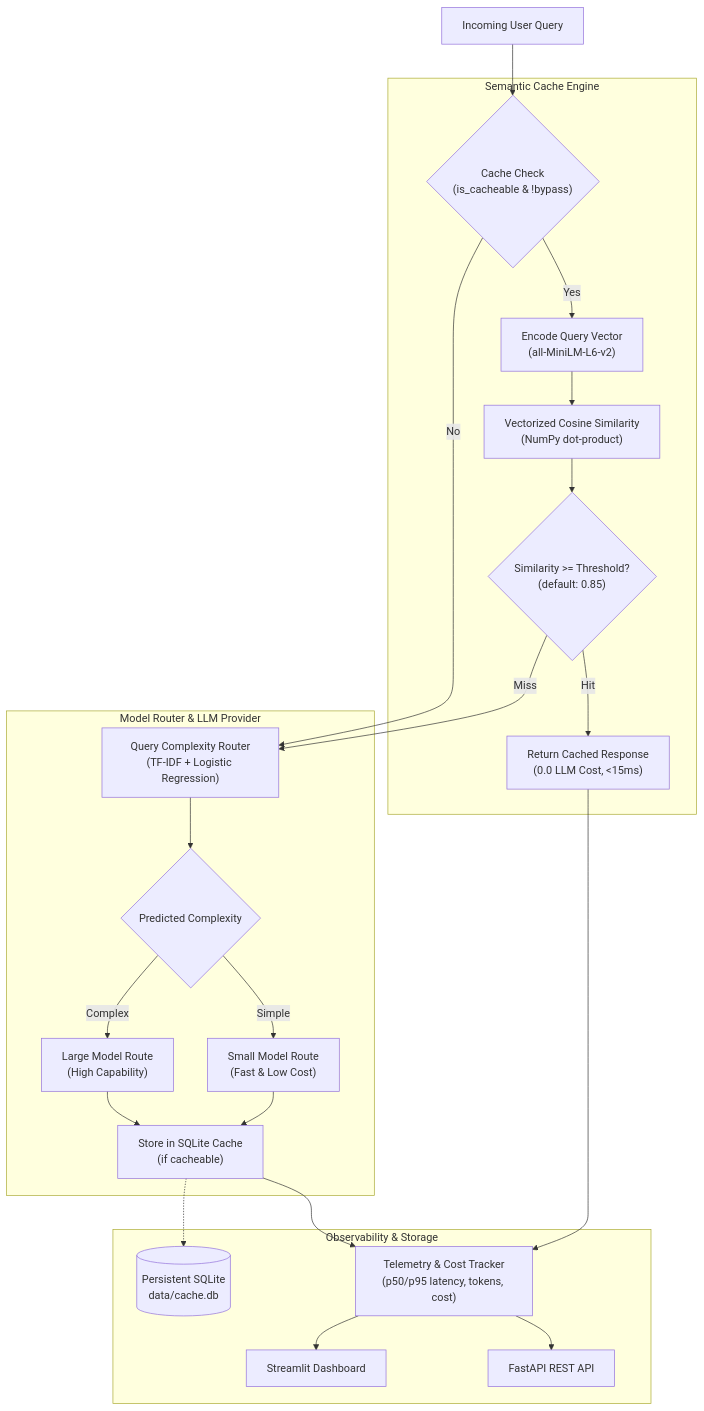
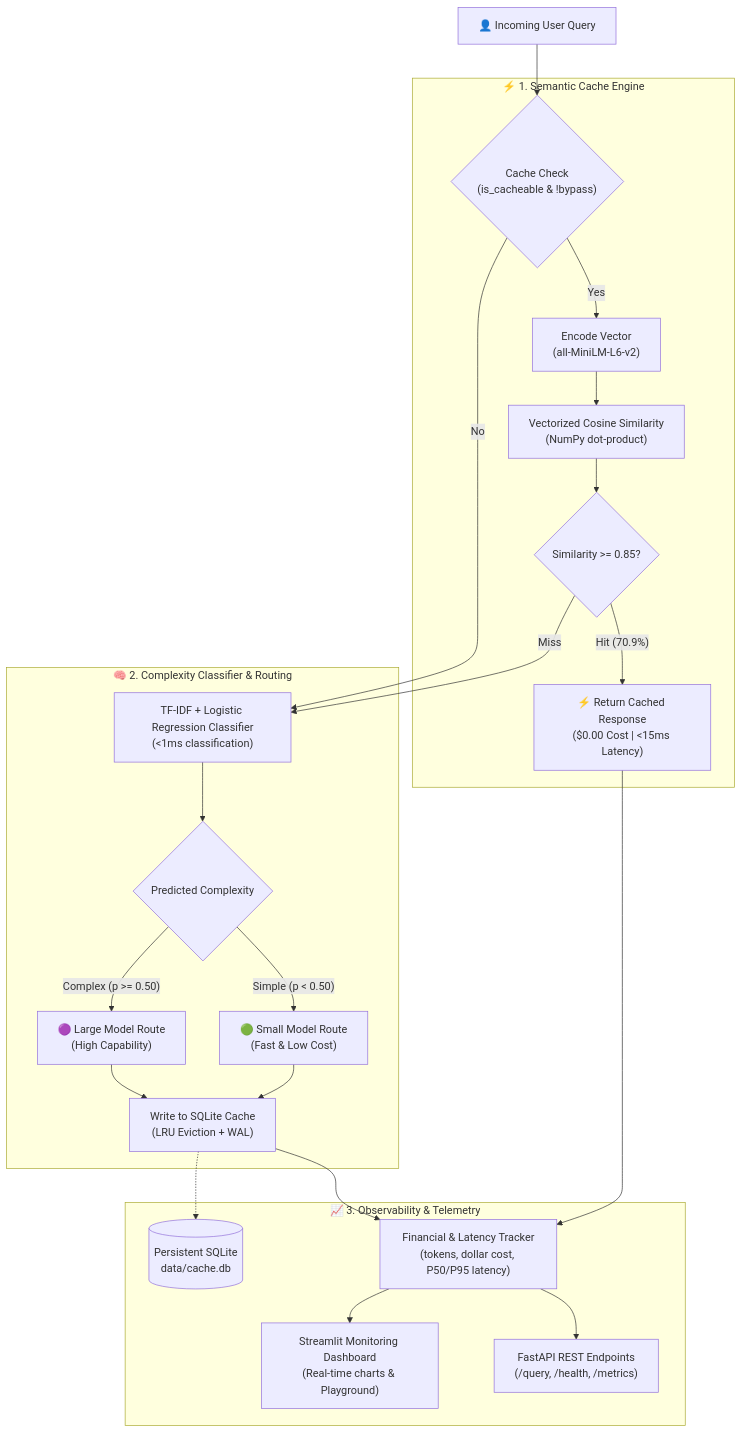
The diagram in README.md (tayade-aniket/smartcache-ml), drawn with Mermaid before and after one commit. The commit also changed other lines of this file and 2 other files, not shown here.

````diff
--- a/README.md
+++ b/README.md
@@ -39,29 +79,29 @@
 ```mermaid
 flowchart TD
-    UserQuery["Incoming User Query"] --> CacheCheck{"Cache Check<br/>(is_cacheable & !bypass)"}
+    UserQuery["👤 Incoming User Query"] --> CacheCheck{"Cache Check<br/>(is_cacheable & !bypass)"}
     
-    subgraph Semantic Cache Engine
-        CacheCheck -->|"Yes"| EmbedQuery["Encode Query Vector<br/>(all-MiniLM-L6-v2)"]
+    subgraph Engine ["⚡ 1. Semantic Cache Engine"]
+        CacheCheck -->|"Yes"| EmbedQuery["Encode Vector<br/>(all-MiniLM-L6-v2)"]
         EmbedQuery --> CosineSim["Vectorized Cosine Similarity<br/>(NumPy dot-product)"]
-        CosineSim --> ThreshCheck{"Similarity >= Threshold?<br/>(default: 0.85)"}
-        ThreshCheck -->|"Hit"| CachedResponse["Return Cached Response<br/>(0.0 LLM Cost, &lt;15ms)"]
+        CosineSim --> ThreshCheck{"Similarity >= 0.85?"}
+        ThreshCheck -->|"Hit (70.9%)"| CachedResponse["⚡ Return Cached Response<br/>($0.00 Cost | &lt;15ms Latency)"]
     end
     
-    subgraph Model Router & LLM Provider
-        ThreshCheck -->|"Miss"| ComplexityRouter["Query Complexity Router<br/>(TF-IDF + Logistic Regression)"]
+    subgraph Router ["🧠 2. Complexity Classifier & Routing"]
+        ThreshCheck -->|"Miss"| ComplexityRouter["TF-IDF + Logistic Regression Classifier<br/>(&lt;1ms classification)"]
         CacheCheck -->|"No"| ComplexityRouter
         ComplexityRouter --> RouteDecision{"Predicted Complexity"}
-        RouteDecision -->|"Simple"| SmallModel["Small Model Route<br/>(Fast & Low Cost)"]
-        RouteDecision -->|"Complex"| LargeModel["Large Model Route<br/>(High Capability)"]
-        SmallModel --> StoreCache["Store in SQLite Cache<br/>(if cacheable)"]
+        RouteDecision -->|"Simple (p &lt; 0.50)"| SmallModel["🟢 Small Model Route<br/>(Fast & Low Cost)"]
+        RouteDecision -->|"Complex (p >= 0.50)"| LargeModel["🟣 Large Model Route<br/>(High Capability)"]
+        SmallModel --> StoreCache["Write to SQLite Cache<br/>(LRU Eviction + WAL)"]
         LargeModel --> StoreCache
     end
     
-    subgraph Observability & Storage
-        StoreCache --> CostTracker["Telemetry & Cost Tracker<br/>(p50/p95 latency, tokens, cost)"]
+    subgraph Observability ["📈 3. Observability & Telemetry"]
+        StoreCache --> CostTracker["Financial & Latency Tracker<br/>(tokens, dollar cost, P50/P95 latency)"]
         CachedResponse --> CostTracker
-        CostTracker --> FastAPI["FastAPI REST API"]
-        CostTracker --> Streamlit["Streamlit Dashboard"]
+        CostTracker --> FastAPI["FastAPI REST Endpoints<br/>(/query, /health, /metrics)"]
+        CostTracker --> Streamlit["Streamlit Monitoring Dashboard<br/>(Real-time charts & Playground)"]
         StoreCache -.-> SQLite[("Persistent SQLite<br/>data/cache.db")]
     end
 ```
````
